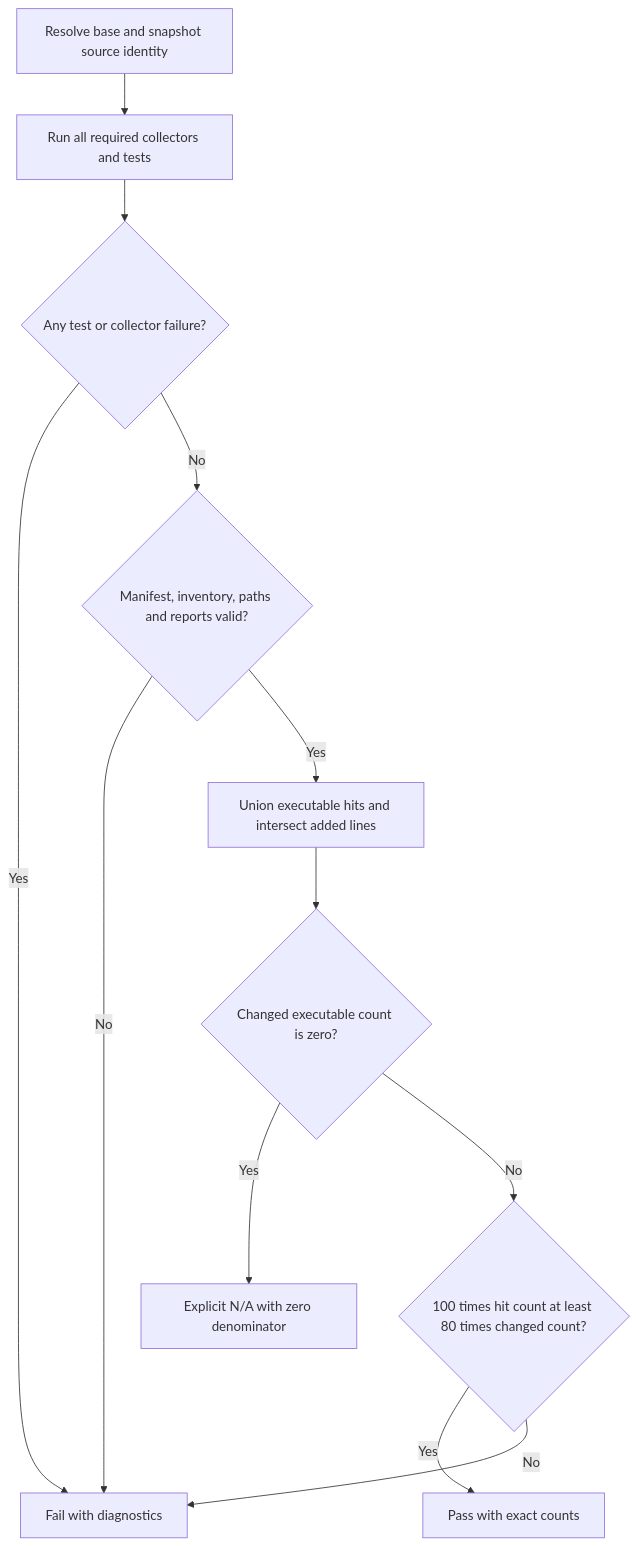
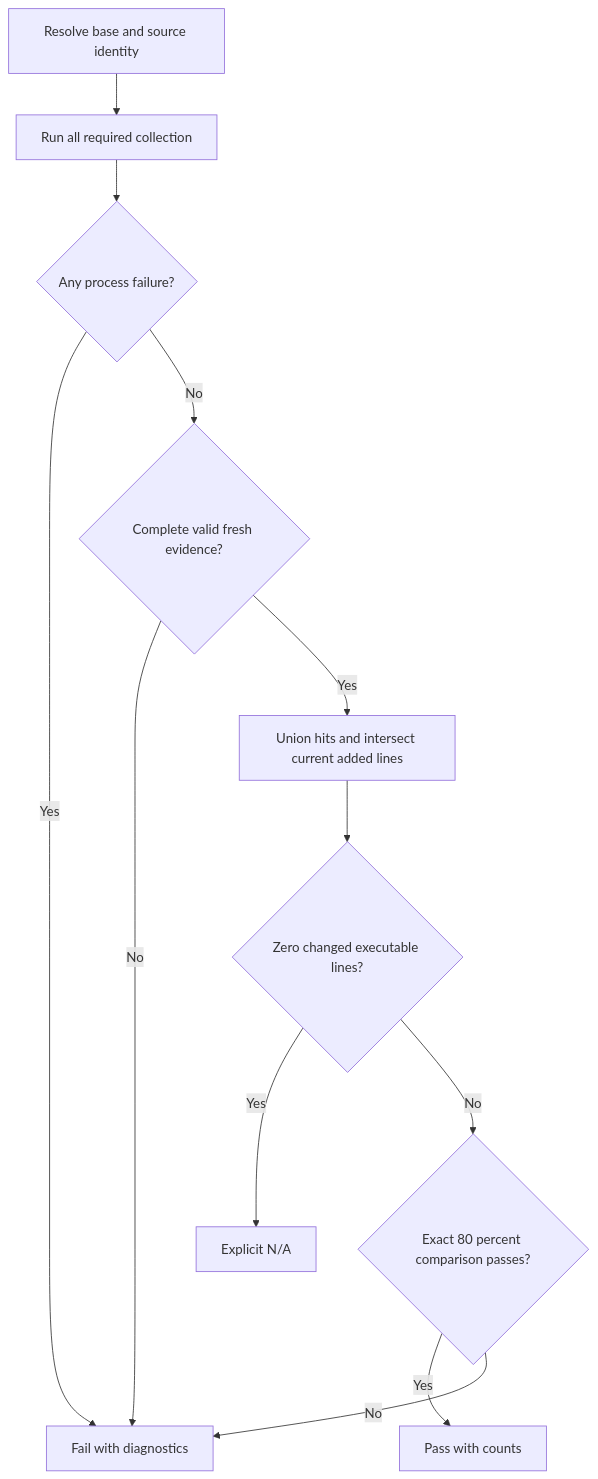
The third of 3 diagrams in .github/.spec/README.md (RLittlesII/agents), drawn with Mermaid before and after one commit. The commit also changed other lines of this file and 34 other files, not shown here.

````diff
--- a/.github/.spec/README.md
+++ b/.github/.spec/README.md
@@ -216,14 +249,14 @@
 ```mermaid
 flowchart TD
-    Start[Resolve base and snapshot source identity] --> Collect[Run all required collectors and tests]
-    Collect --> Failure{Any test or collector failure?}
-    Failure -->|Yes| Fail[Fail with diagnostics]
-    Failure -->|No| Valid{Manifest, inventory, paths and reports valid?}
-    Valid -->|No| Fail
-    Valid -->|Yes| Intersect[Union executable hits and intersect added lines]
-    Intersect --> Empty{Changed executable count is zero?}
-    Empty -->|Yes| NA[Explicit N/A with zero denominator]
-    Empty -->|No| Floor{100 times hit count at least 80 times changed count?}
-    Floor -->|Yes| Pass[Pass with exact counts]
-    Floor -->|No| Fail
+  Identity[Resolve base and source identity] --> Collect[Run all required collection]
+  Collect --> Failed{Any process failure?}
+  Failed -->|Yes| Fail[Fail with diagnostics]
+  Failed -->|No| Valid{Complete valid fresh evidence?}
+  Valid -->|No| Fail
+  Valid -->|Yes| Lines[Union hits and intersect current added lines]
+  Lines --> Empty{Zero changed executable lines?}
+  Empty -->|Yes| NA[Explicit N/A]
+  Empty -->|No| Floor{Exact 80 percent comparison passes?}
+  Floor -->|Yes| Pass[Pass with counts]
+  Floor -->|No| Fail
 ```
````
